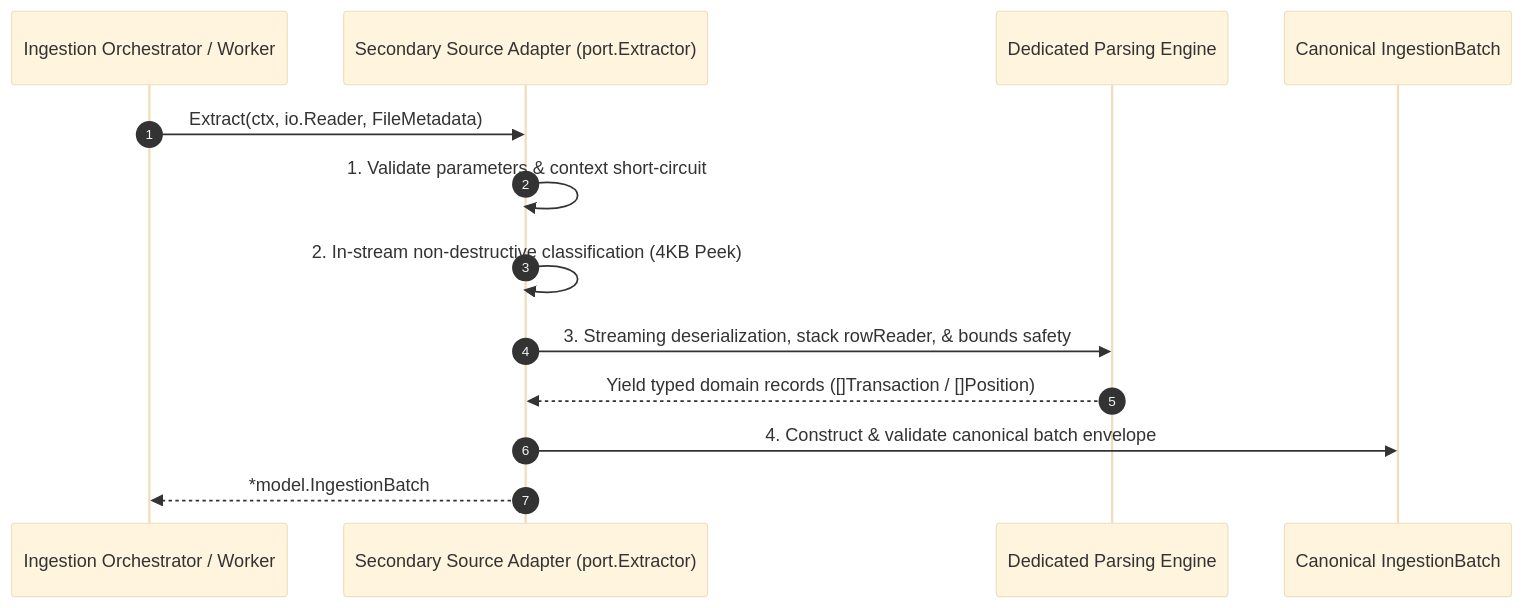
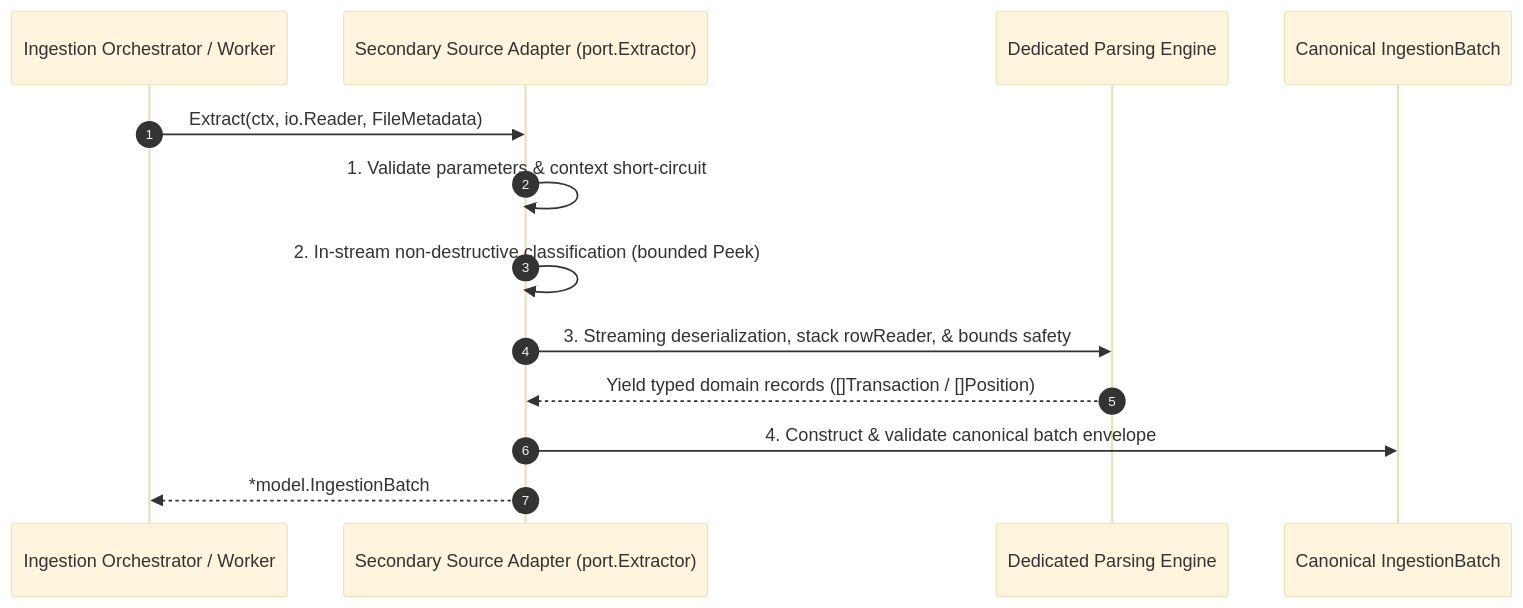
Before and after one commit to ajponte/babylon_data_loader: the second of 2 diagrams in docs/specs/hexagonal-ingestion-adapters.md, drawn with Mermaid (base theme). The commit also changed other lines of this file and 10 other files, not shown here.

````diff
--- a/docs/specs/hexagonal-ingestion-adapters.md
+++ b/docs/specs/hexagonal-ingestion-adapters.md
@@ -43,16 +43,16 @@
 ```mermaid
 sequenceDiagram
     autonumber
     participant App as Ingestion Orchestrator / Worker
     participant Adapter as Secondary Source Adapter (port.Extractor)
     participant Engine as Dedicated Parsing Engine
     participant Batch as Canonical IngestionBatch
 
     App->>Adapter: Extract(ctx, io.Reader, FileMetadata)
     Adapter->>Adapter: 1. Validate parameters & context short-circuit
-    Adapter->>Adapter: 2. In-stream non-destructive classification (4KB Peek)
+    Adapter->>Adapter: 2. In-stream non-destructive classification (bounded Peek)
     Adapter->>Engine: 3. Streaming deserialization, stack rowReader, & bounds safety
     Engine-->>Adapter: Yield typed domain records ([]Transaction / []Position)
     Adapter->>Batch: 4. Construct & validate canonical batch envelope
     Adapter-->>App: *model.IngestionBatch
 ```
````
